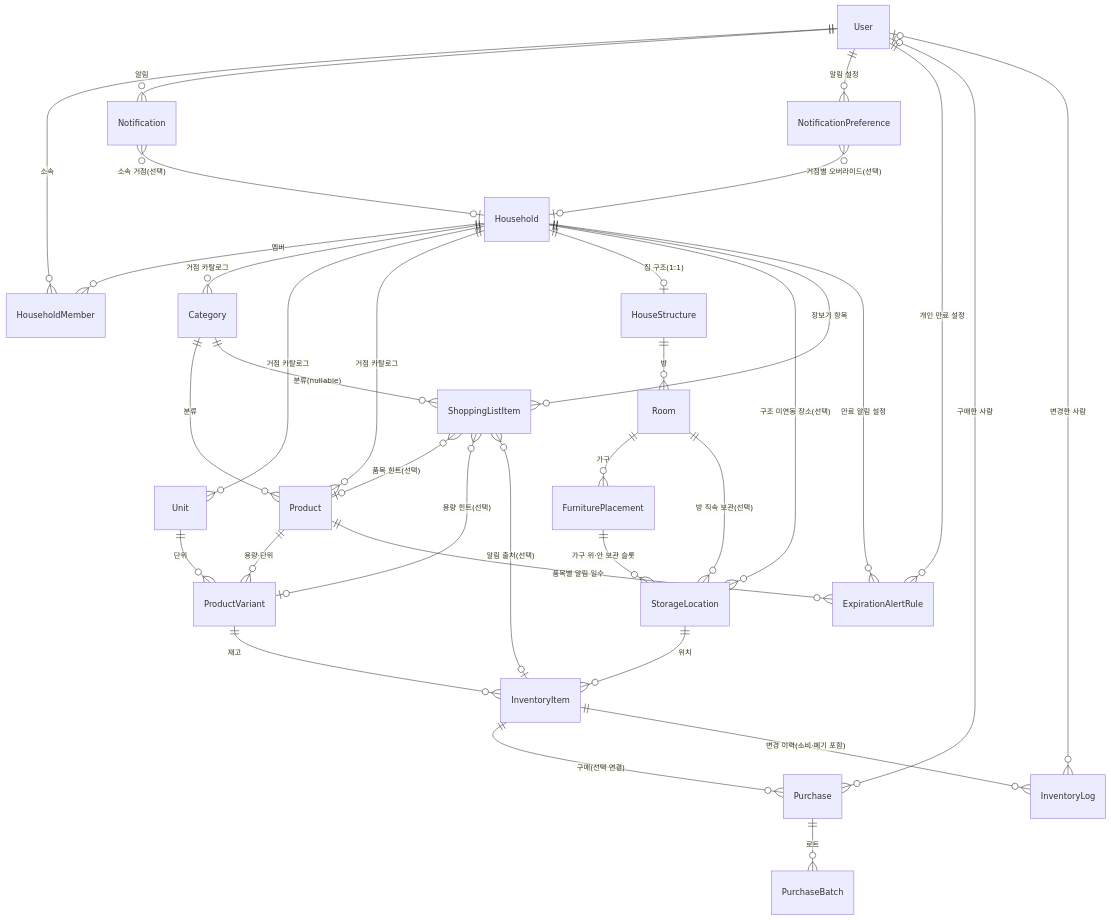
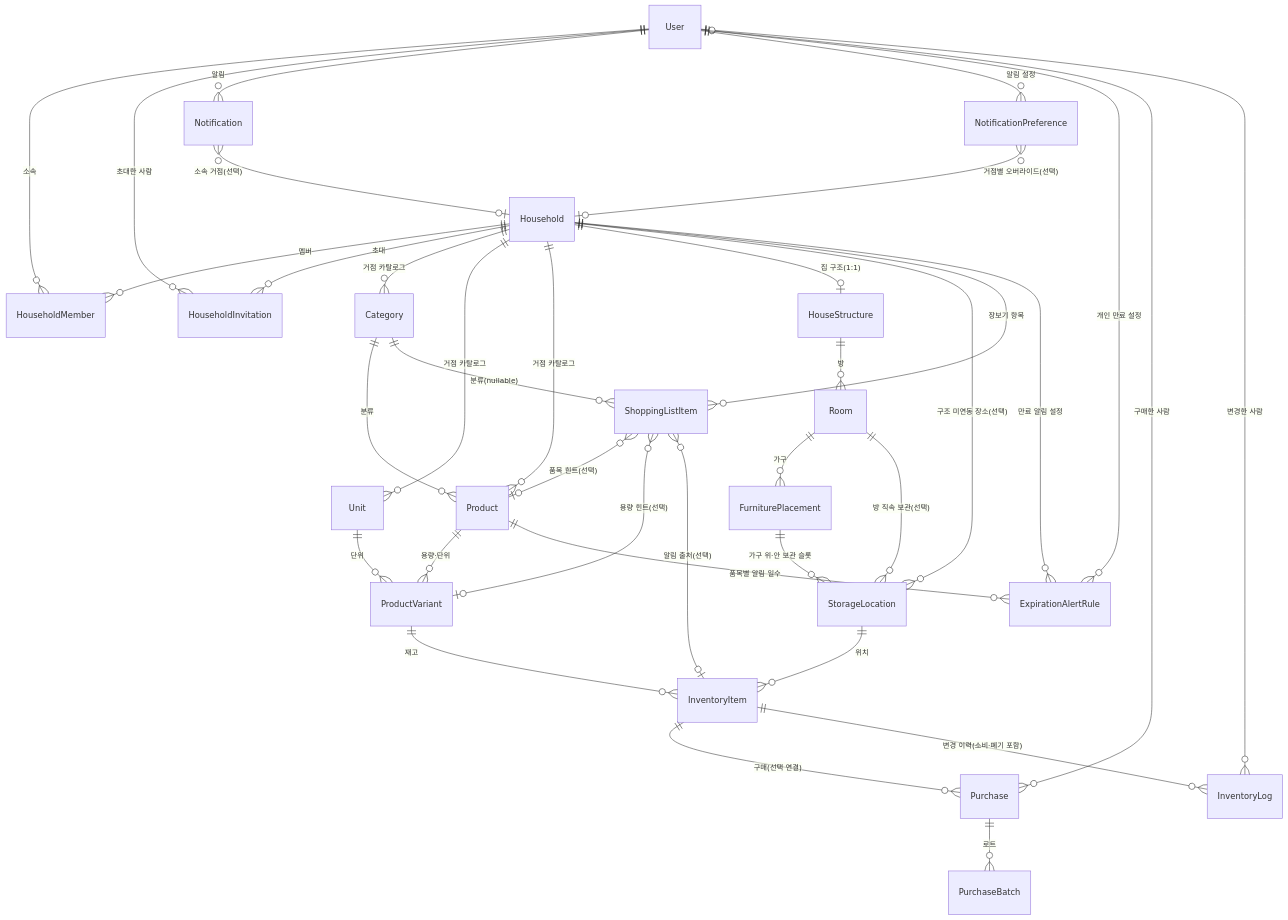
The diagram in docs/design/v2/entity-conceptual-design.md (wukdddang/home-inventory-manager), drawn with Mermaid before and after one commit. The commit also changed other lines of this file and 16 other files, not shown here.

````diff
--- a/docs/design/v2/entity-conceptual-design.md
+++ b/docs/design/v2/entity-conceptual-design.md
@@ -24,44 +28,46 @@
 ```mermaid
 erDiagram
     User ||--o{ HouseholdMember : "소속"
     Household ||--o{ HouseholdMember : "멤버"
+    Household ||--o{ HouseholdInvitation : "초대"
+    User ||--o{ HouseholdInvitation : "초대한 사람"
 
     Household ||--o{ Category : "거점 카탈로그"
     Household ||--o{ Unit : "거점 카탈로그"
     Household ||--o{ Product : "거점 카탈로그"
     Category ||--o{ Product : "분류"
 
     Household ||--o| HouseStructure : "집 구조(1:1)"
     HouseStructure ||--o{ Room : "방"
     Room ||--o{ FurniturePlacement : "가구"
     Room ||--o{ StorageLocation : "방 직속 보관(선택)"
     FurniturePlacement ||--o{ StorageLocation : "가구 위·안 보관 슬롯"
     Household ||--o{ StorageLocation : "구조 미연동 장소(선택)"
     Household ||--o{ ShoppingListItem : "장보기 항목"
     Household ||--o{ ExpirationAlertRule : "만료 알림 설정"
 
     Product ||--o{ ProductVariant : "용량·단위"
     Product ||--o{ ExpirationAlertRule : "품목별 알림 일수"
     Unit ||--o{ ProductVariant : "단위"
 
     ProductVariant ||--o{ InventoryItem : "재고"
     StorageLocation ||--o{ InventoryItem : "위치"
 
     InventoryItem ||--o{ Purchase : "구매(선택 연결)"
     Purchase ||--o{ PurchaseBatch : "로트"
     InventoryItem ||--o{ InventoryLog : "변경 이력(소비·폐기 포함)"
 
     Purchase }o--o| User : "구매한 사람"
     InventoryLog }o--o| User : "변경한 사람"
 
     Category ||--o{ ShoppingListItem : "분류(nullable)"
     ShoppingListItem }o--o| Product : "품목 힌트(선택)"
     ShoppingListItem }o--o| ProductVariant : "용량 힌트(선택)"
     ShoppingListItem }o--o| InventoryItem : "알림 출처(선택)"
 
     User ||--o{ Notification : "알림"
     Notification }o--o| Household : "소속 거점(선택)"
     User ||--o{ NotificationPreference : "알림 설정"
     NotificationPreference }o--o| Household : "거점별 오버라이드(선택)"
     User ||--o{ ExpirationAlertRule : "개인 만료 설정"
 ```
````
